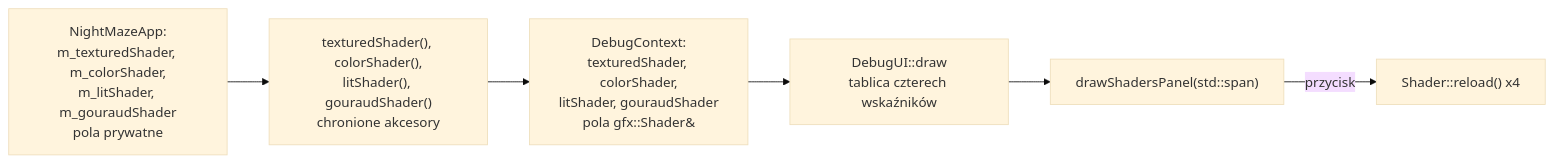
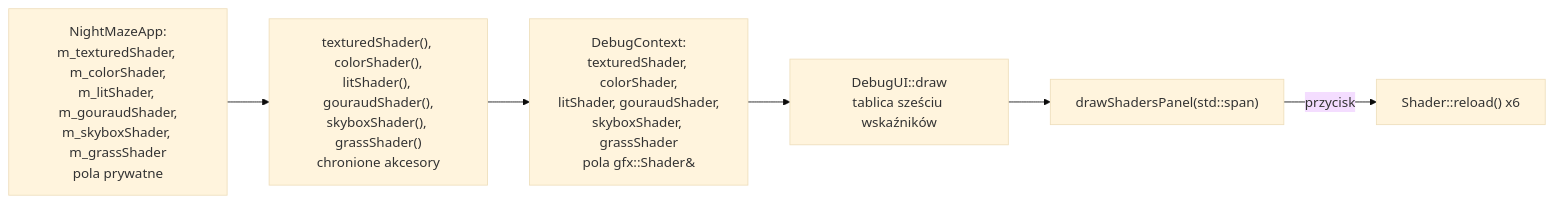
Before and after one commit to Shironex/night-maze: the second of 3 diagrams in docs/modules/gfx/shader-hot-reload.md, drawn with Mermaid (base theme). The commit also changed other lines of this file and 15 other files, not shown here.

Commit message:
feat(gfx): support an optional geometry stage in shader programs

````diff
--- a/docs/modules/gfx/shader-hot-reload.md
+++ b/docs/modules/gfx/shader-hot-reload.md
@@ -310,8 +323,8 @@
 ```mermaid
 flowchart LR
-    Field["NightMazeApp:<br/>m_texturedShader, m_colorShader,<br/>m_litShader, m_gouraudShader<br/>pola prywatne"] --> Acc["texturedShader(), colorShader(),<br/>litShader(), gouraudShader()<br/>chronione akcesory"]
-    Acc --> Ctx["DebugContext:<br/>texturedShader, colorShader,<br/>litShader, gouraudShader<br/>pola gfx::Shader&"]
-    Ctx --> Draw["DebugUI::draw<br/>tablica czterech wskaźników"]
+    Field["NightMazeApp:<br/>m_texturedShader, m_colorShader,<br/>m_litShader, m_gouraudShader,<br/>m_skyboxShader, m_grassShader<br/>pola prywatne"] --> Acc["texturedShader(), colorShader(),<br/>litShader(), gouraudShader(),<br/>skyboxShader(), grassShader()<br/>chronione akcesory"]
+    Acc --> Ctx["DebugContext:<br/>texturedShader, colorShader,<br/>litShader, gouraudShader,<br/>skyboxShader, grassShader<br/>pola gfx::Shader&"]
+    Ctx --> Draw["DebugUI::draw<br/>tablica sześciu wskaźników"]
     Draw --> Panel["drawShadersPanel(std::span)"]
-    Panel -->|"przycisk"| Reload["Shader::reload() x4"]
+    Panel -->|"przycisk"| Reload["Shader::reload() x6"]
 ```
````
